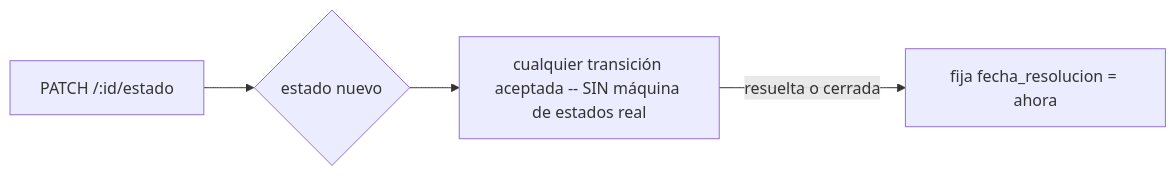
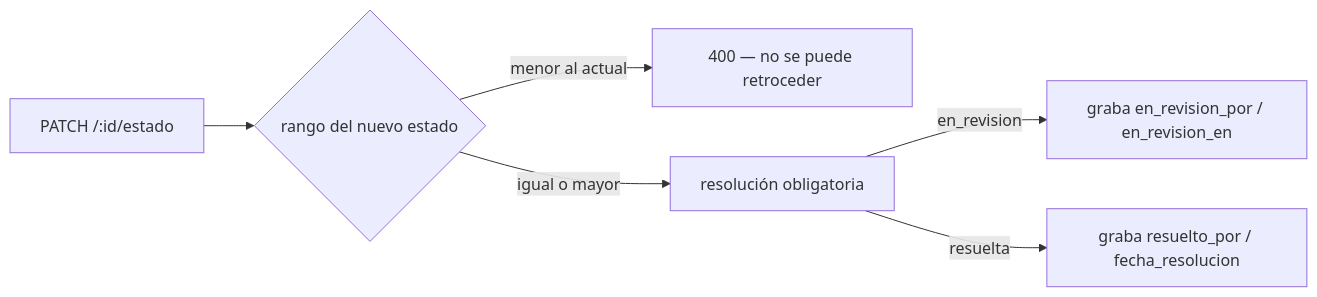
One commit to DanielPuertaBernal/LlaveroUCO changed the fourth of 4 diagrams in analisis/backend/novedades.md. Above: the diagram before and after it, drawn with Mermaid. The commit also changed other lines of this file and 23 other files, not shown here.

````diff
--- a/analisis/backend/novedades.md
+++ b/analisis/backend/novedades.md
@@ -84,6 +91,8 @@
 ```mermaid
 flowchart LR
-    A[PATCH /:id/estado] --> B{estado nuevo}
-    B --> C[cualquier transición aceptada -- SIN máquina de estados real]
-    C -->|resuelta o cerrada| D[fija fecha_resolucion = ahora]
+    A[PATCH /:id/estado] --> B{rango del nuevo estado}
+    B -->|menor al actual| C[400 — no se puede retroceder]
+    B -->|igual o mayor| D[resolución obligatoria]
+    D -->|en_revision| E[graba en_revision_por / en_revision_en]
+    D -->|resuelta| F[graba resuelto_por / fecha_resolucion]
 ```
````
